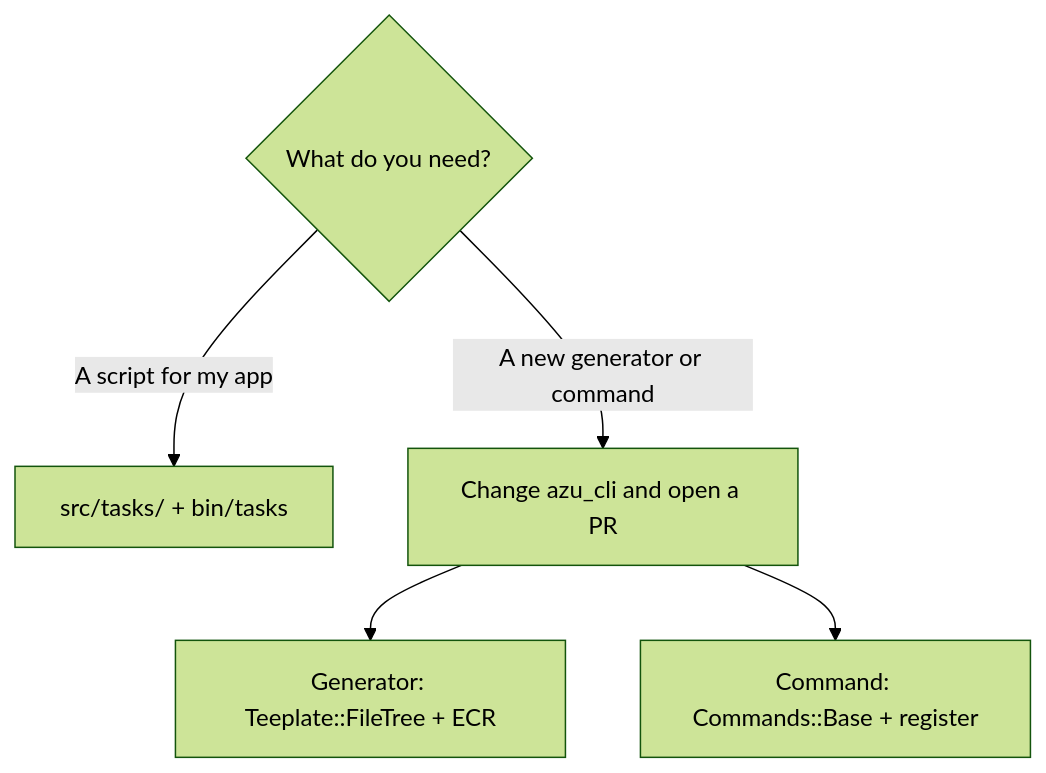
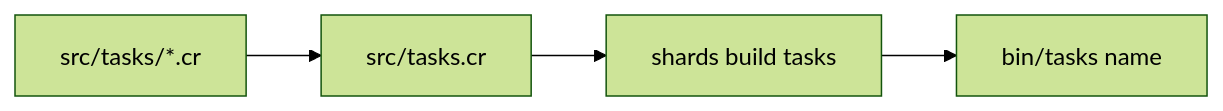
One commit to azutoolkit/azu_cli changed the diagram in docs/advanced/custom-tasks.md. Above: the diagram before and after it, drawn with Mermaid (forest theme). The commit also changed other lines of this file and 100 other files, not shown here.

````diff
--- a/docs/advanced/custom-tasks.md
+++ b/docs/advanced/custom-tasks.md
@@ -12,7 +13,6 @@
 ```mermaid
-flowchart TD
-  Q{"What do you need?"} -->|"A script for my app"| T["src/tasks/ + bin/tasks"]
-  Q -->|"A new generator or command"| C["Change azu_cli and open a PR"]
-  C --> G["Generator: Teeplate::FileTree + ECR"]
-  C --> M["Command: Commands::Base + register"]
+flowchart LR
+  A["src/tasks/*.cr"] --> B["src/tasks.cr"]
+  B --> C["shards build tasks"]
+  C --> D["bin/tasks name"]
 ```
````
